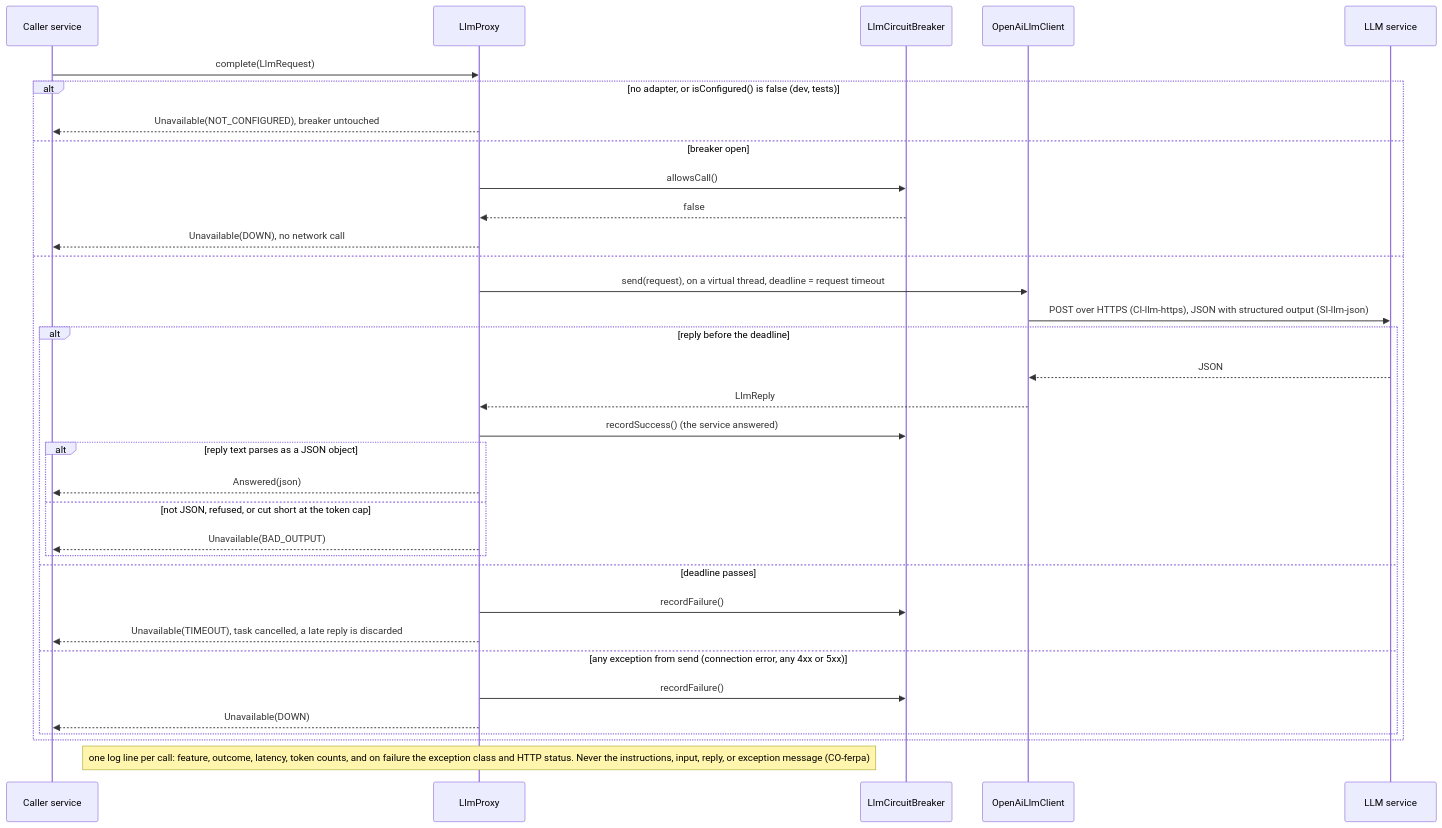
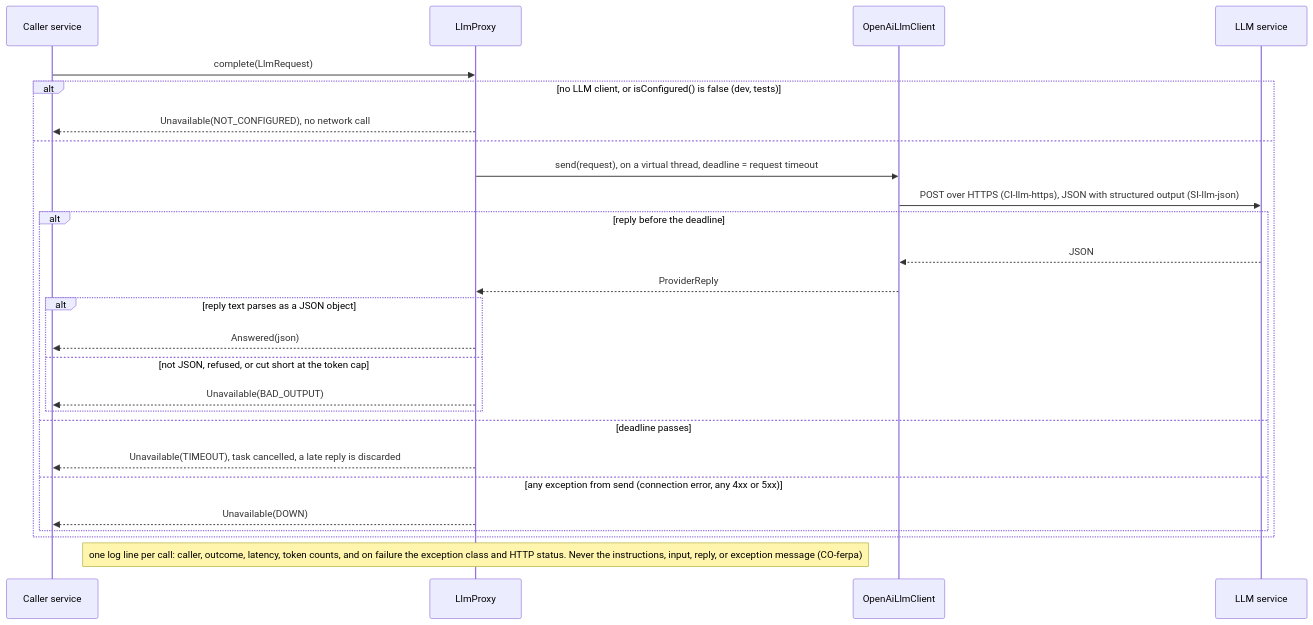
Before and after one commit to Washingtonwei/project-pulse: the second of 2 diagrams in docs/design/ai.md, drawn with Mermaid. The commit also changed other lines of this file and 22 other files, not shown here.

````diff
--- a/docs/design/ai.md
+++ b/docs/design/ai.md
@@ -98,36 +91,28 @@
 ```mermaid
 sequenceDiagram
     participant F as Caller service
     participant P as LlmProxy
-    participant B as LlmCircuitBreaker
     participant C as OpenAiLlmClient
     participant L as LLM service
     F->>P: complete(LlmRequest)
-    alt no adapter, or isConfigured() is false (dev, tests)
-        P-->>F: Unavailable(NOT_CONFIGURED), breaker untouched
-    else breaker open
-        P->>B: allowsCall()
-        B-->>P: false
-        P-->>F: Unavailable(DOWN), no network call
+    alt no LLM client, or isConfigured() is false (dev, tests)
+        P-->>F: Unavailable(NOT_CONFIGURED), no network call
     else
         P->>C: send(request), on a virtual thread, deadline = request timeout
         C->>L: POST over HTTPS (CI-llm-https), JSON with structured output (SI-llm-json)
         alt reply before the deadline
             L-->>C: JSON
-            C-->>P: LlmReply
-            P->>B: recordSuccess() (the service answered)
+            C-->>P: ProviderReply
             alt reply text parses as a JSON object
                 P-->>F: Answered(json)
             else not JSON, refused, or cut short at the token cap
                 P-->>F: Unavailable(BAD_OUTPUT)
             end
         else deadline passes
-            P->>B: recordFailure()
             P-->>F: Unavailable(TIMEOUT), task cancelled, a late reply is discarded
         else any exception from send (connection error, any 4xx or 5xx)
-            P->>B: recordFailure()
             P-->>F: Unavailable(DOWN)
         end
     end
-    Note over P: one log line per call: feature, outcome, latency, token counts, and on failure the exception class and HTTP status. Never the instructions, input, reply, or exception message (CO-ferpa)
+    Note over P: one log line per call: caller, outcome, latency, token counts, and on failure the exception class and HTTP status. Never the instructions, input, reply, or exception message (CO-ferpa)
 ```
````
